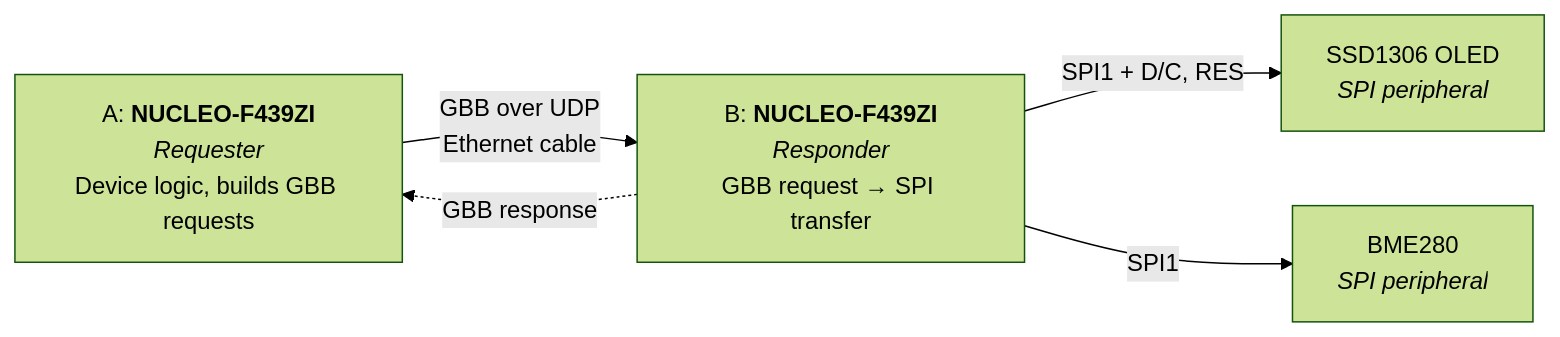
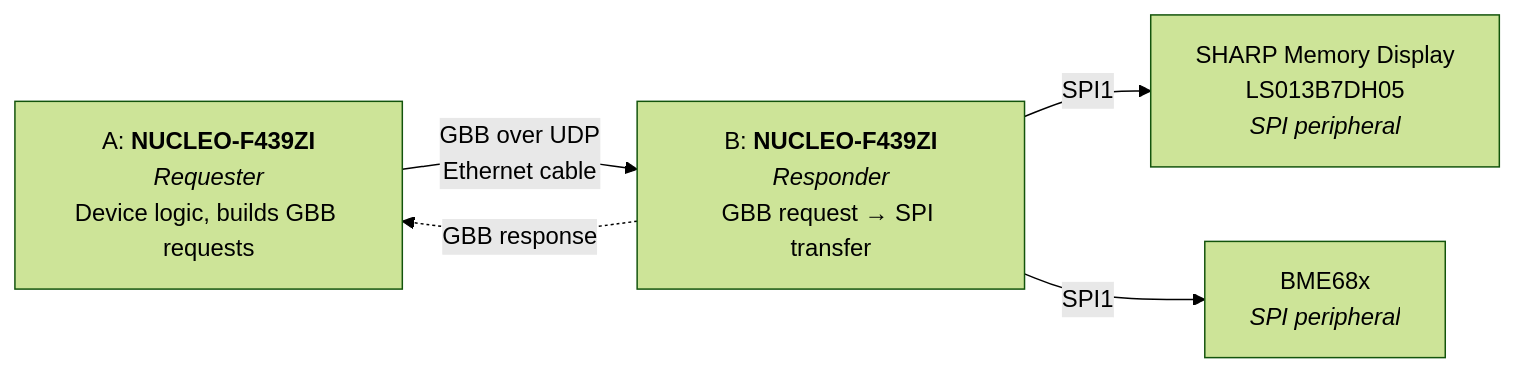
Before and after one commit to Kartoffelbauer/rts-open1722-remote-spi: the first of 2 diagrams in docs/architecture.md, drawn with Mermaid (forest theme). The commit also changed other lines of this file and 8 other files, not shown here.

````diff
--- a/docs/architecture.md
+++ b/docs/architecture.md
@@ -7,12 +7,12 @@
 ```mermaid
 flowchart LR
     A["A: <b>NUCLEO-F439ZI</b><br/><i>Requester</i><br/>Device logic, builds GBB requests"]
     B["B: <b>NUCLEO-F439ZI</b><br/><i>Responder</i><br/>GBB request → SPI transfer"]
-    O["SSD1306 OLED<br/><i>SPI peripheral</i>"]
-    S["BME280<br/><i>SPI peripheral</i>"]
+    O["SHARP Memory Display<br/>LS013B7DH05<br/><i>SPI peripheral</i>"]
+    S["BME68x<br/><i>SPI peripheral</i>"]
 
     A -- "GBB over UDP<br/>Ethernet cable" --> B
     B -. "GBB response" .-> A
-    B -- "SPI1 + D/C, RES" --> O
+    B -- "SPI1" --> O
     B -- "SPI1" --> S
 ```
````
